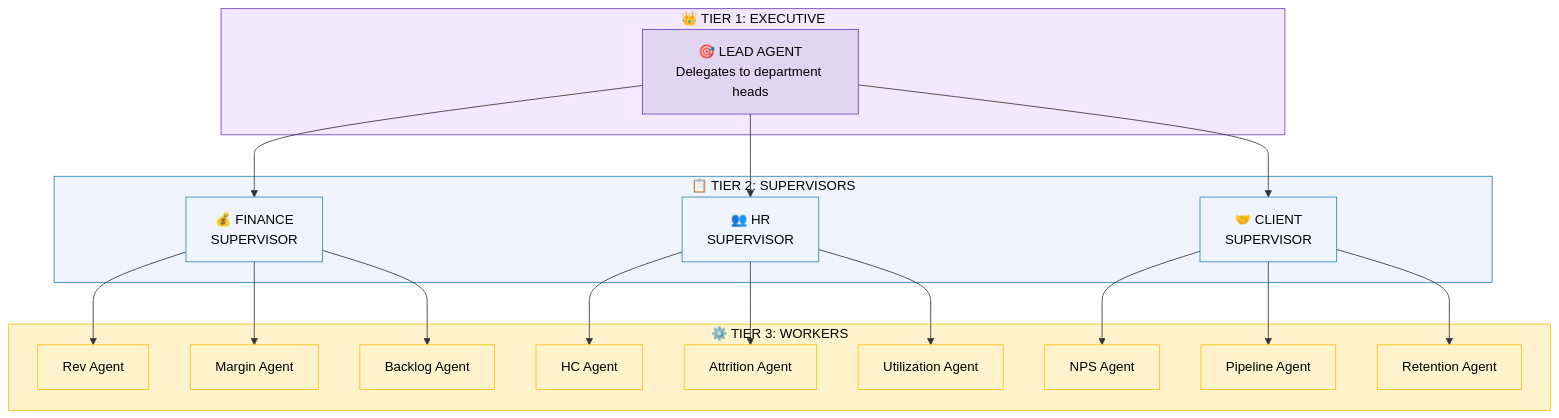
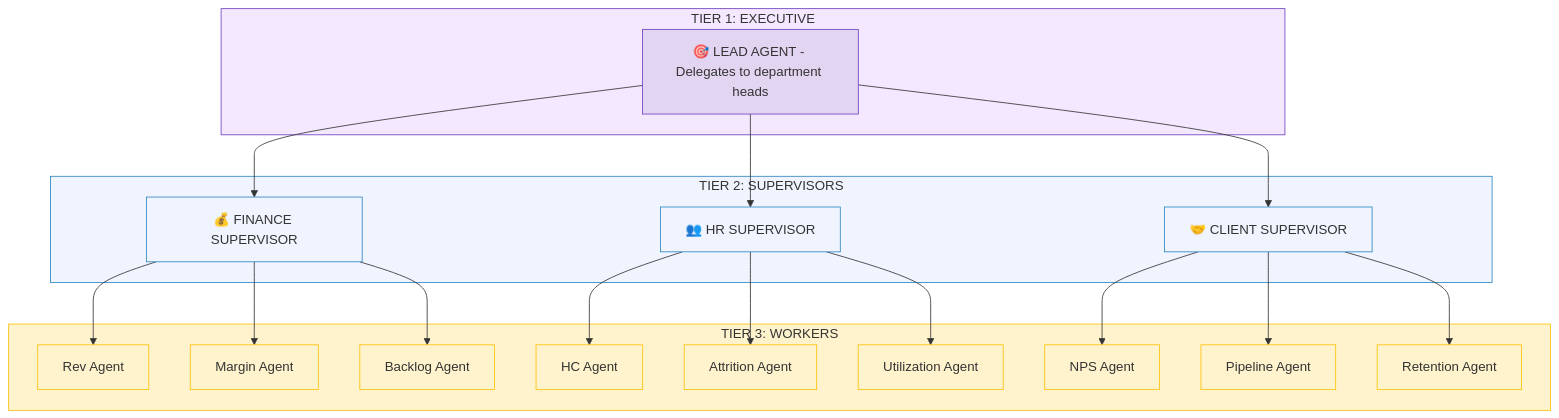
One commit to ithinktavo/GenAI-Engineering-Handbook changed the sixth of 8 diagrams in docs/09-orchestration-patterns.md. Above: the diagram before and after it, drawn with Mermaid. The commit also changed other lines of this file and 9 other files, not shown here.

First line of the commit message:
Fix Mermaid rendering: remove emoji from subgraph titles and unsupported syntax

````diff
--- a/docs/09-orchestration-patterns.md
+++ b/docs/09-orchestration-patterns.md
@@ -257,46 +257,46 @@
 ```mermaid
 graph TD
-    subgraph T1 ["👑 TIER 1: EXECUTIVE"]
-        Lead["🎯 LEAD AGENT\nDelegates to department heads"]
+    subgraph T1 ["TIER 1: EXECUTIVE"]
+        Lead["🎯 LEAD AGENT - Delegates to department heads"]
     end
 
-    subgraph T2 ["📋 TIER 2: SUPERVISORS"]
-        FinSup["💰 FINANCE\nSUPERVISOR"]
-        HRSup["👥 HR\nSUPERVISOR"]
-        CliSup["🤝 CLIENT\nSUPERVISOR"]
+    subgraph T2 ["TIER 2: SUPERVISORS"]
+        FinSup["💰 FINANCE SUPERVISOR"]
+        HRSup["👥 HR SUPERVISOR"]
+        CliSup["🤝 CLIENT SUPERVISOR"]
     end
 
-    subgraph T3 ["⚙️ TIER 3: WORKERS"]
+    subgraph T3 ["TIER 3: WORKERS"]
         Rev["Rev Agent"]
         Mrgn["Margin Agent"]
         Bklg["Backlog Agent"]
         HC["HC Agent"]
         Attr["Attrition Agent"]
         Utl["Utilization Agent"]
         NPS["NPS Agent"]
         Pip["Pipeline Agent"]
         Retn["Retention Agent"]
     end
 
     Lead --> FinSup & HRSup & CliSup
     FinSup --> Rev & Mrgn & Bklg
     HRSup --> HC & Attr & Utl
     CliSup --> NPS & Pip & Retn
 
-    style Lead fill:#e2d5f1,stroke:#6f42c1,color:#000
-    style FinSup fill:#f0f4ff,stroke:#2E86C1,color:#000
-    style HRSup fill:#f0f4ff,stroke:#2E86C1,color:#000
-    style CliSup fill:#f0f4ff,stroke:#2E86C1,color:#000
-    style Rev fill:#fff3cd,stroke:#ffc107,color:#000
-    style Mrgn fill:#fff3cd,stroke:#ffc107,color:#000
-    style Bklg fill:#fff3cd,stroke:#ffc107,color:#000
-    style HC fill:#fff3cd,stroke:#ffc107,color:#000
-    style Attr fill:#fff3cd,stroke:#ffc107,color:#000
-    style Utl fill:#fff3cd,stroke:#ffc107,color:#000
-    style NPS fill:#fff3cd,stroke:#ffc107,color:#000
-    style Pip fill:#fff3cd,stroke:#ffc107,color:#000
-    style Retn fill:#fff3cd,stroke:#ffc107,color:#000
-    style T1 fill:#f3e8ff,stroke:#6f42c1,color:#000
-    style T2 fill:#f0f4ff,stroke:#2E86C1,color:#000
-    style T3 fill:#fff3cd,stroke:#ffc107,color:#000
+    style Lead fill:#e2d5f1,stroke:#6f42c1
+    style FinSup fill:#f0f4ff,stroke:#2E86C1
+    style HRSup fill:#f0f4ff,stroke:#2E86C1
+    style CliSup fill:#f0f4ff,stroke:#2E86C1
+    style Rev fill:#fff3cd,stroke:#ffc107
+    style Mrgn fill:#fff3cd,stroke:#ffc107
+    style Bklg fill:#fff3cd,stroke:#ffc107
+    style HC fill:#fff3cd,stroke:#ffc107
+    style Attr fill:#fff3cd,stroke:#ffc107
+    style Utl fill:#fff3cd,stroke:#ffc107
+    style NPS fill:#fff3cd,stroke:#ffc107
+    style Pip fill:#fff3cd,stroke:#ffc107
+    style Retn fill:#fff3cd,stroke:#ffc107
+    style T1 fill:#f3e8ff,stroke:#6f42c1
+    style T2 fill:#f0f4ff,stroke:#2E86C1
+    style T3 fill:#fff3cd,stroke:#ffc107
 ```
````
